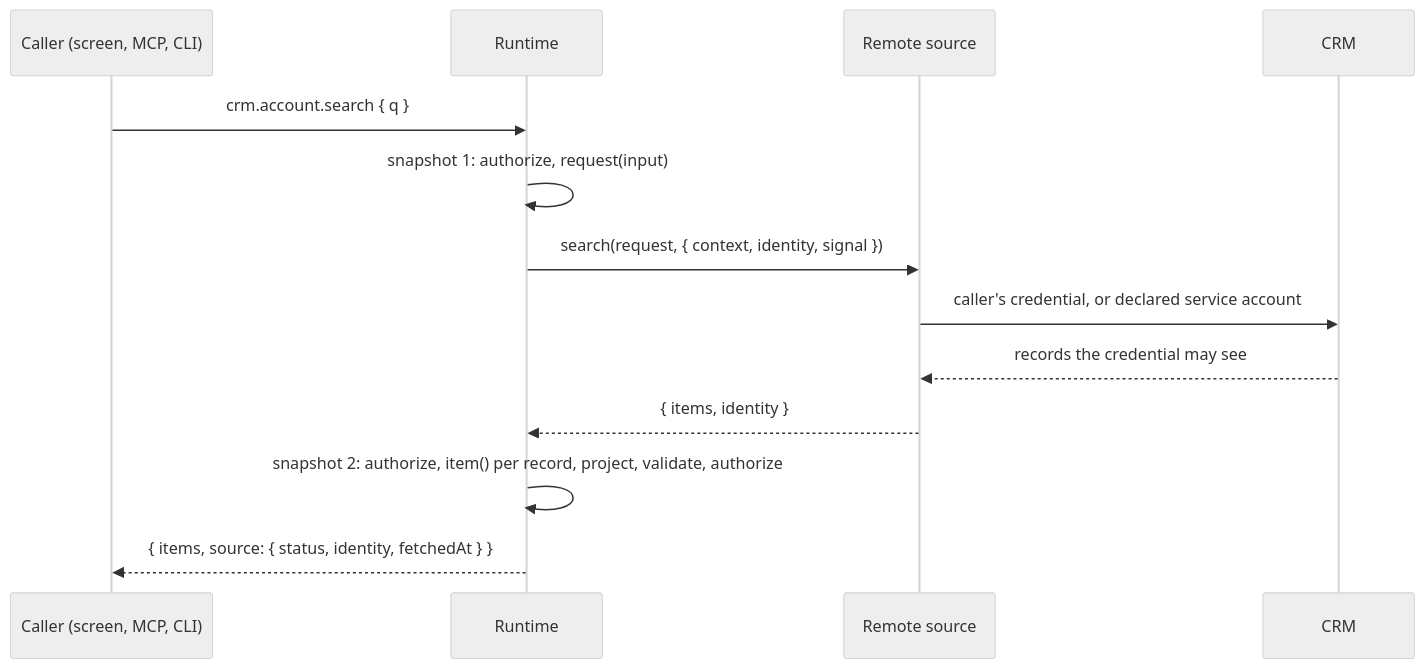
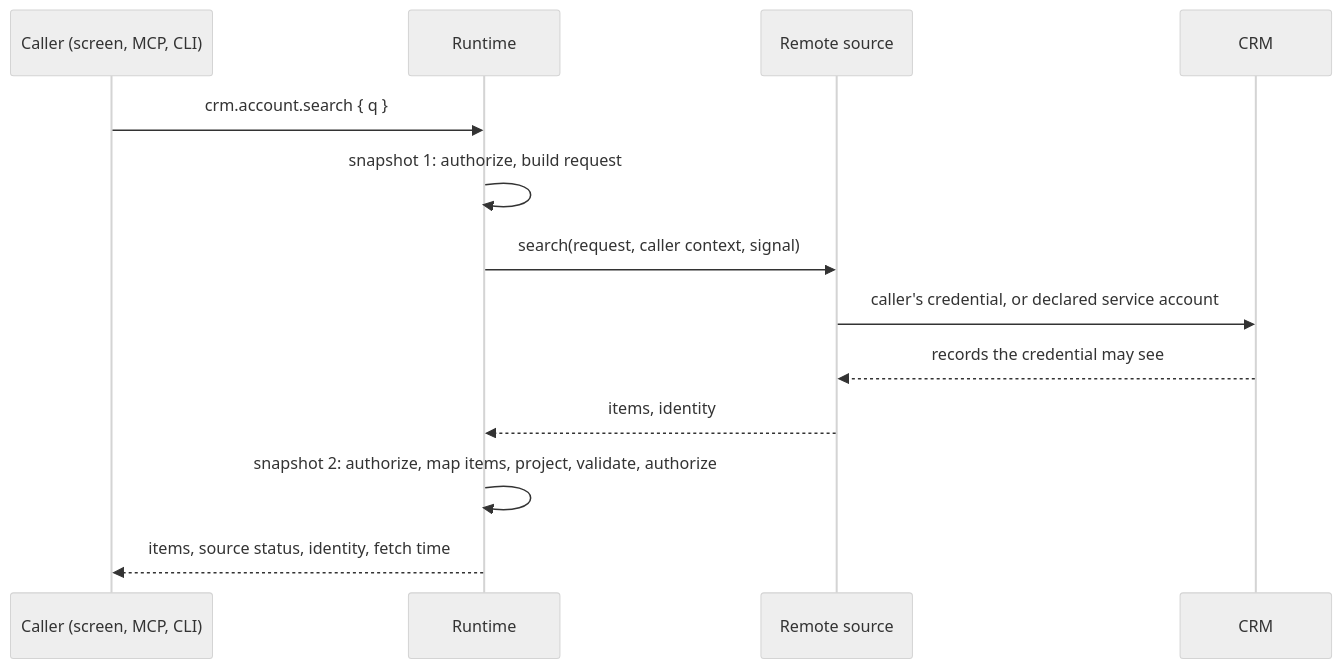
The second of 2 diagrams in docs/system-of-record-pattern.md (wisdomousai/tortoise), drawn with Mermaid (neutral theme) before and after one commit. The commit also changed other lines of this file and 19 other files, not shown here.

````diff
--- a/docs/system-of-record-pattern.md
+++ b/docs/system-of-record-pattern.md
@@ -46,15 +49,15 @@
 ```mermaid
 sequenceDiagram
   participant C as Caller (screen, MCP, CLI)
   participant R as Runtime
   participant S as Remote source
   participant SoR as CRM
   C->>R: crm.account.search { q }
-  R->>R: snapshot 1: authorize, request(input)
-  R->>S: search(request, { context, identity, signal })
+  R->>R: snapshot 1: authorize, build request
+  R->>S: search(request, caller context, signal)
   S->>SoR: caller's credential, or declared service account
   SoR-->>S: records the credential may see
-  S-->>R: { items, identity }
-  R->>R: snapshot 2: authorize, item() per record, project, validate, authorize
-  R-->>C: { items, source: { status, identity, fetchedAt } }
+  S-->>R: items, identity
+  R->>R: snapshot 2: authorize, map items, project, validate, authorize
+  R-->>C: items, source status, identity, fetch time
 ```
````
